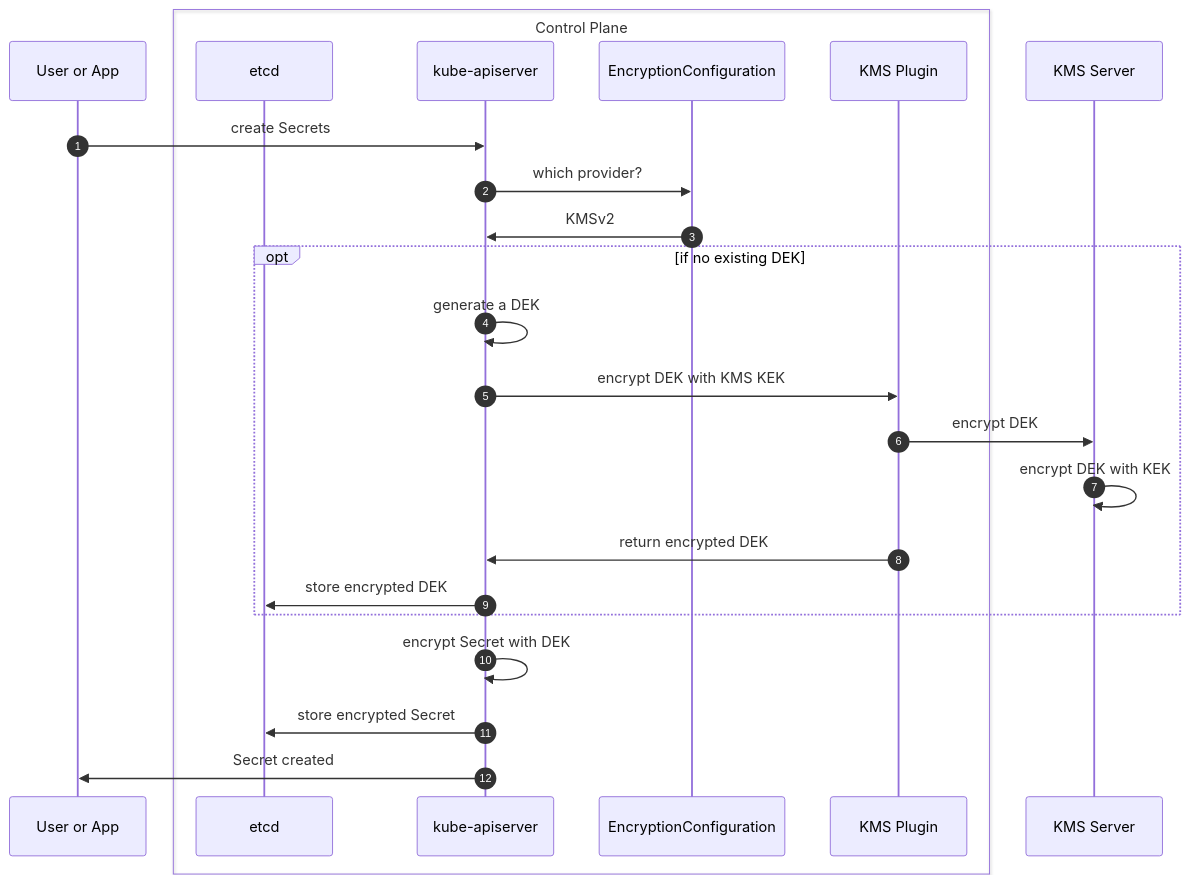
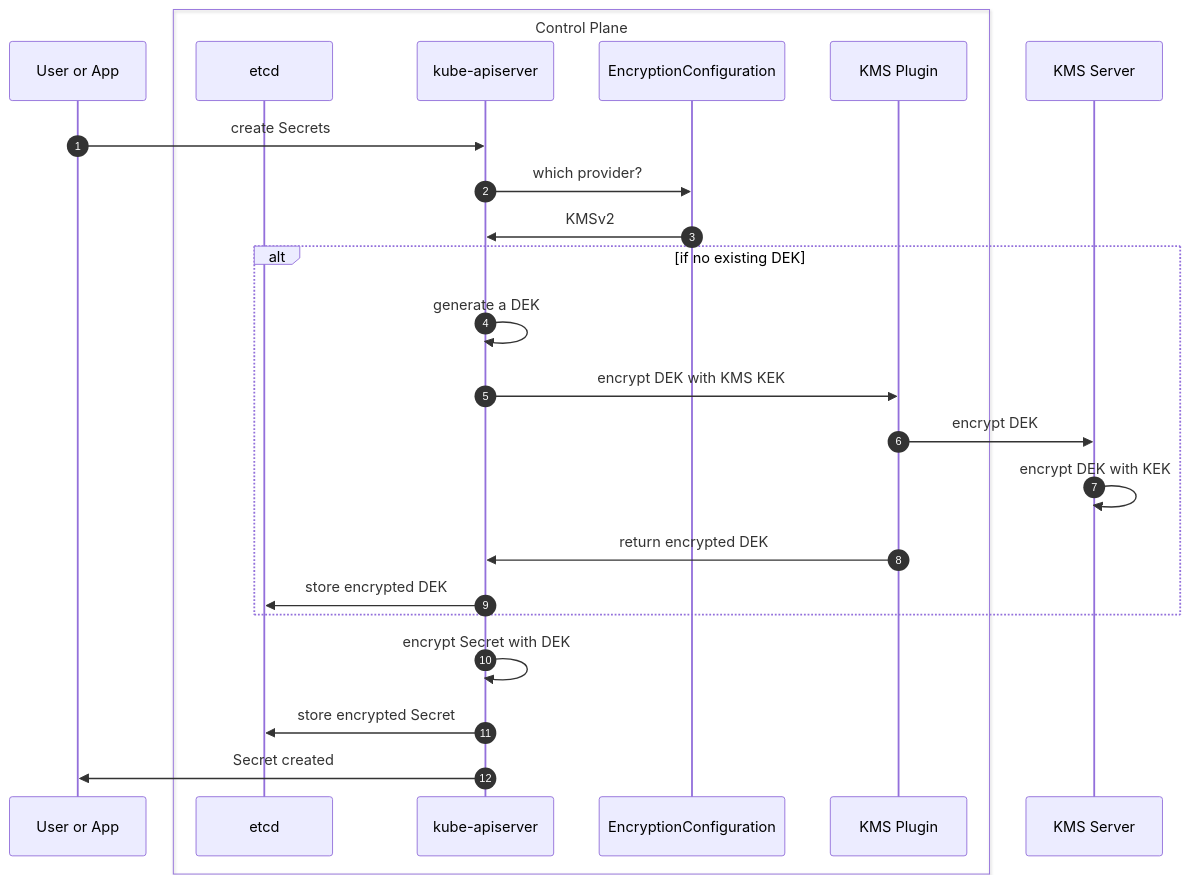
The second of 2 diagrams in docs/kleidi/index.md (beezy-dev/verbose-couscous), drawn with Mermaid before and after one commit. The commit also changed other lines of this file, not shown here.

````diff
--- a/docs/kleidi/index.md
+++ b/docs/kleidi/index.md
@@ -38,26 +61,26 @@
 ```mermaid
 sequenceDiagram
 participant User or App
 box Control Plane
 participant etcd
 participant kube-apiserver
 participant EncryptionConfiguration
 participant KMS Plugin
 end
 participant KMS Server
 autonumber
   User or App->>kube-apiserver: create Secrets
   kube-apiserver->>EncryptionConfiguration: which provider?
   EncryptionConfiguration->>kube-apiserver: KMSv2
-  opt if no existing DEK
+  alt if no existing DEK
     kube-apiserver->>kube-apiserver: generate a DEK
     kube-apiserver->>KMS Plugin: encrypt DEK with KMS KEK
     KMS Plugin->>KMS Server: encrypt DEK
     KMS Server->>KMS Server: encrypt DEK with KEK
     KMS Plugin->>kube-apiserver: return encrypted DEK
     kube-apiserver->>etcd: store encrypted DEK
   end
   kube-apiserver->>kube-apiserver: encrypt Secret with DEK
   kube-apiserver->>etcd: store encrypted Secret
   kube-apiserver->>User or App: Secret created
 ```
````
